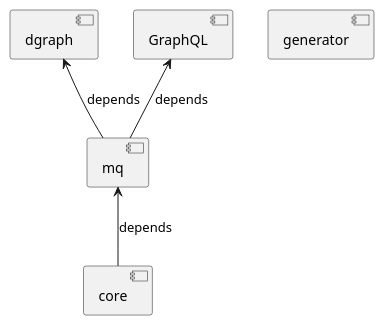
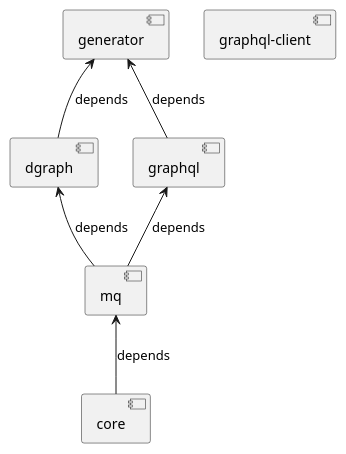
One commit to wangyuheng/Arc changed the diagram in doc/dependent.puml. Above: the diagram before and after it, drawn with PlantUML.

Commit message:
add graphql-client

```diff
--- a/doc/dependent.puml
+++ b/doc/dependent.puml
@@ -1,14 +1,16 @@
 @startuml
 
 component dgraph as d
-component GraphQL as g
+component graphql as g
+component "graphql-client" as gc
 component mq as mq
 component core as c
-
 component generator
 
 mq <-- c: depends
 g <-- mq: depends
 d <-- mq: depends
+generator <-- g: depends
+generator <-- d: depends
 
 @enduml
```
